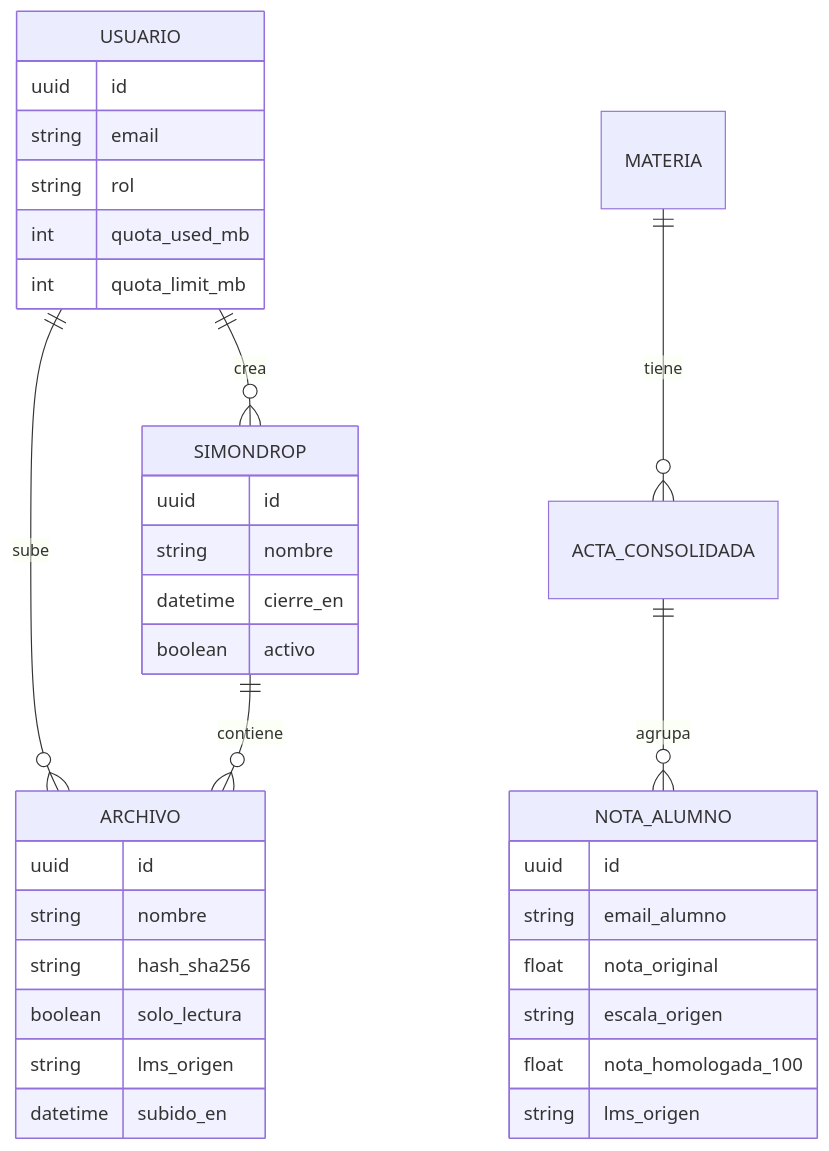
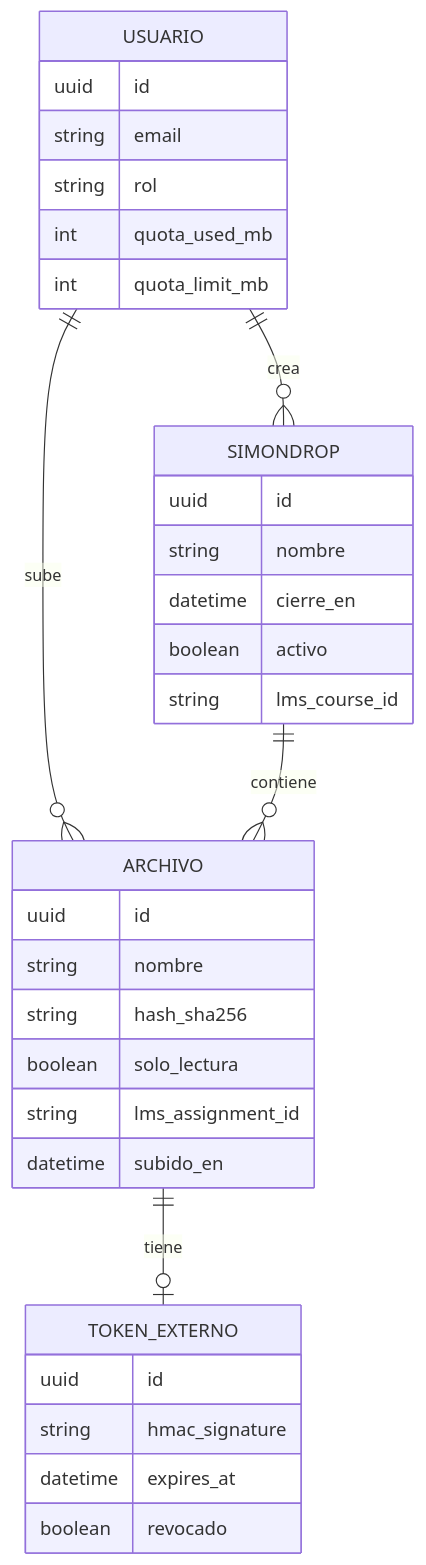
The first of 10 diagrams in docs/fsd/FSD_vFinal.md (cgomez-mpsia/simoncloud-m3), drawn with Mermaid before and after one commit. The commit also changed other lines of this file, not shown here.

````diff
--- a/docs/fsd/FSD_vFinal.md
+++ b/docs/fsd/FSD_vFinal.md
@@ -504,37 +508,35 @@
 ```mermaid
 erDiagram
     USUARIO ||--o{ ARCHIVO : sube
     USUARIO ||--o{ SIMONDROP : crea
     SIMONDROP ||--o{ ARCHIVO : contiene
-    MATERIA ||--o{ ACTA_CONSOLIDADA : tiene
-    ACTA_CONSOLIDADA ||--o{ NOTA_ALUMNO : agrupa
+    ARCHIVO ||--o| TOKEN_EXTERNO : tiene
     USUARIO {
         uuid id
         string email
         string rol
         int quota_used_mb
         int quota_limit_mb
     }
     ARCHIVO {
         uuid id
         string nombre
         string hash_sha256
         boolean solo_lectura
-        string lms_origen
+        string lms_assignment_id
         datetime subido_en
     }
     SIMONDROP {
         uuid id
         string nombre
         datetime cierre_en
         boolean activo
+        string lms_course_id
     }
-    NOTA_ALUMNO {
+    TOKEN_EXTERNO {
         uuid id
-        string email_alumno
-        float nota_original
-        string escala_origen
-        float nota_homologada_100
-        string lms_origen
+        string hmac_signature
+        datetime expires_at
+        boolean revocado
     }
 ```
````
